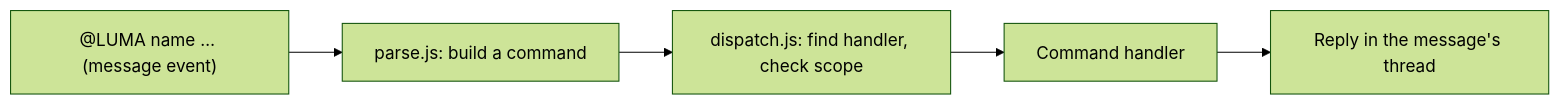
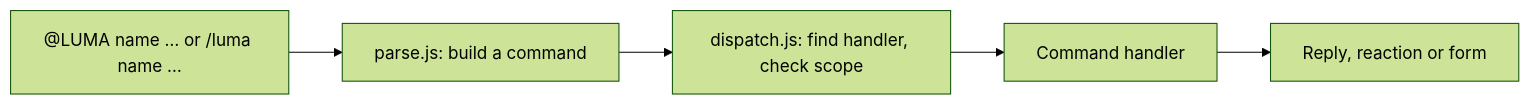
The diagram in README.md (Aura300/Cade), drawn with Mermaid (forest theme) before and after one commit. The commit also changed other lines of this file and 1 other file, not shown here.

````diff
--- a/README.md
+++ b/README.md
@@ -16,10 +59,10 @@
 ```mermaid
 flowchart LR
-    Message["@LUMA name … (message event)"]
+    Message["@LUMA name … or /luma name …"]
     Parse[parse.js: build a command]
     Dispatch[dispatch.js: find handler, check scope]
     Handler[Command handler]
-    Reply[Reply in the message's thread]
+    Reply[Reply, reaction or form]
 
     Message --> Parse --> Dispatch --> Handler --> Reply
 ```
````
